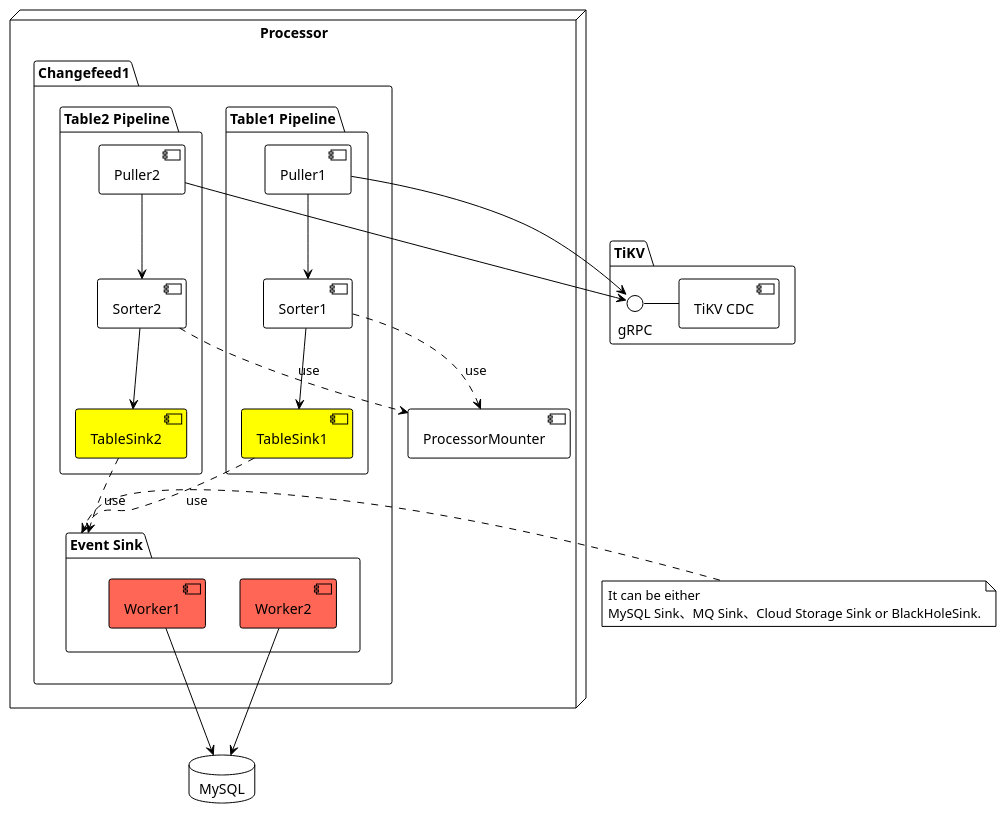
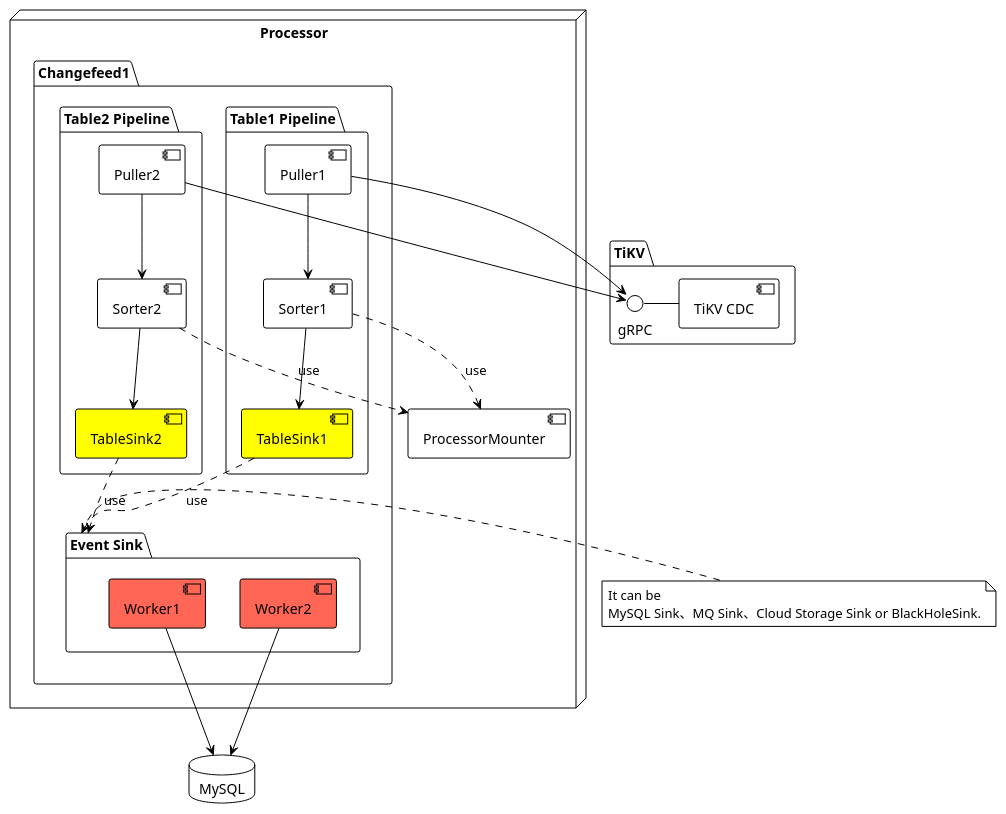
One commit to 0xPoe/talks changed the fifth of 7 diagrams in ticdc-new-sink.slide/slides.md. Above: the diagram before and after it, drawn with PlantUML. The commit also changed other lines of this file, not shown here.

Commit message:
Add new data sequence

````diff
--- a/ticdc-new-sink.slide/slides.md
+++ b/ticdc-new-sink.slide/slides.md
@@ -374,46 +376,46 @@
 ```plantuml {scale: 1}
 @startuml
 !theme plain
 package "TiKV" {
   gRPC - [TiKV CDC]
 }
 
 node "Processor" {
   [ProcessorMounter]
   package "Changefeed1" {
     package "Table1 Pipeline" {
       [Puller1] --> [gRPC]
       [Sorter1]
       [TableSink1] #Yellow
     }
     package "Table2 Pipeline" {
       [Puller2] --> [gRPC]
       [Sorter2]
       [TableSink2] #Yellow
     }
     package "Event Sink" {
       [Worker1] #FF6655
       [Worker2] #FF6655
     }
   }
 }
 
 database "MySQL"
 
 note right of [Event Sink]
-  It can be either
+  It can be
   MySQL Sink、MQ Sink、Cloud Storage Sink or BlackHoleSink.
 end note
 
 [Worker1] --> [MySQL]
 [Worker2] --> [MySQL]
 [Sorter1] ..> [ProcessorMounter] : use
 [Sorter2] ..> [ProcessorMounter] : use
 [TableSink1] ..> [Event Sink] : use
 [TableSink2] ..> [Event Sink] : use
 [Puller1] --> [Sorter1]
 [Sorter1] --> [TableSink1]
 [Puller2] --> [Sorter2]
 [Sorter2] --> [TableSink2]
 @enduml
 ```
````
